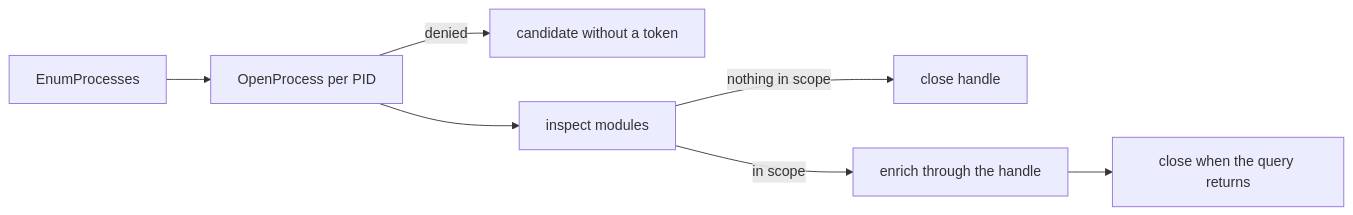
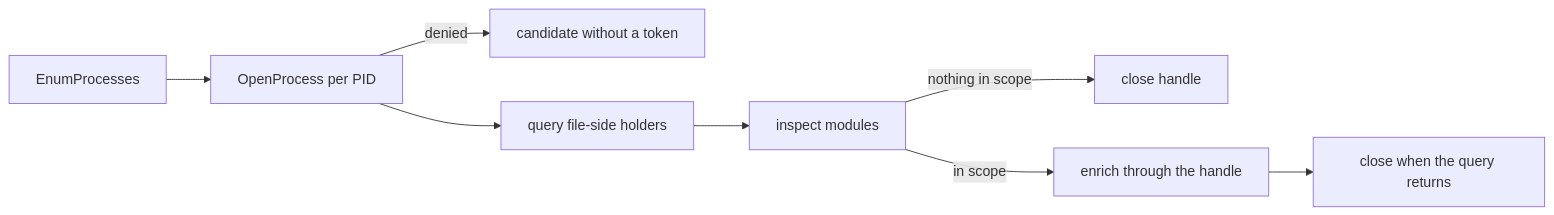
One commit to yankeeinlondon/rusty-biscuit changed the second of 2 diagrams in sniff/docs/topics/filesystem-query.md. Above: the diagram before and after it, drawn with Mermaid. The commit also changed other lines of this file and 5 other files, not shown here.

````diff
--- a/sniff/docs/topics/filesystem-query.md
+++ b/sniff/docs/topics/filesystem-query.md
@@ -287,9 +285,10 @@
 ```mermaid
 flowchart LR
     A[EnumProcesses] --> B[OpenProcess per PID]
     B -->|denied| D[candidate without a token]
-    B --> C[inspect modules]
+    B --> P[query file-side holders]
+    P --> C[inspect modules]
     C -->|nothing in scope| E[close handle]
     C -->|in scope| F[enrich through the handle]
     F --> G[close when the query returns]
 ```
````
